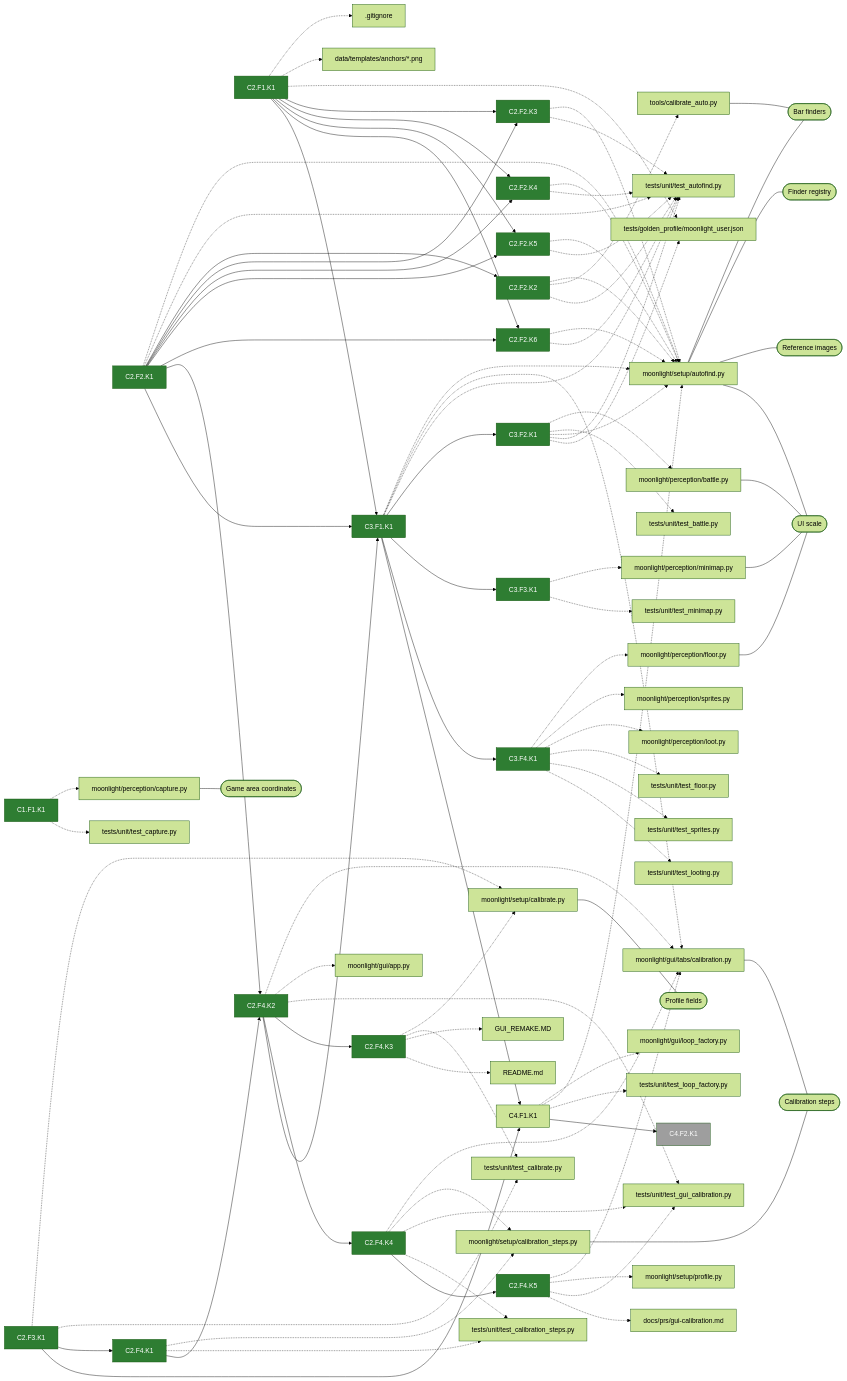
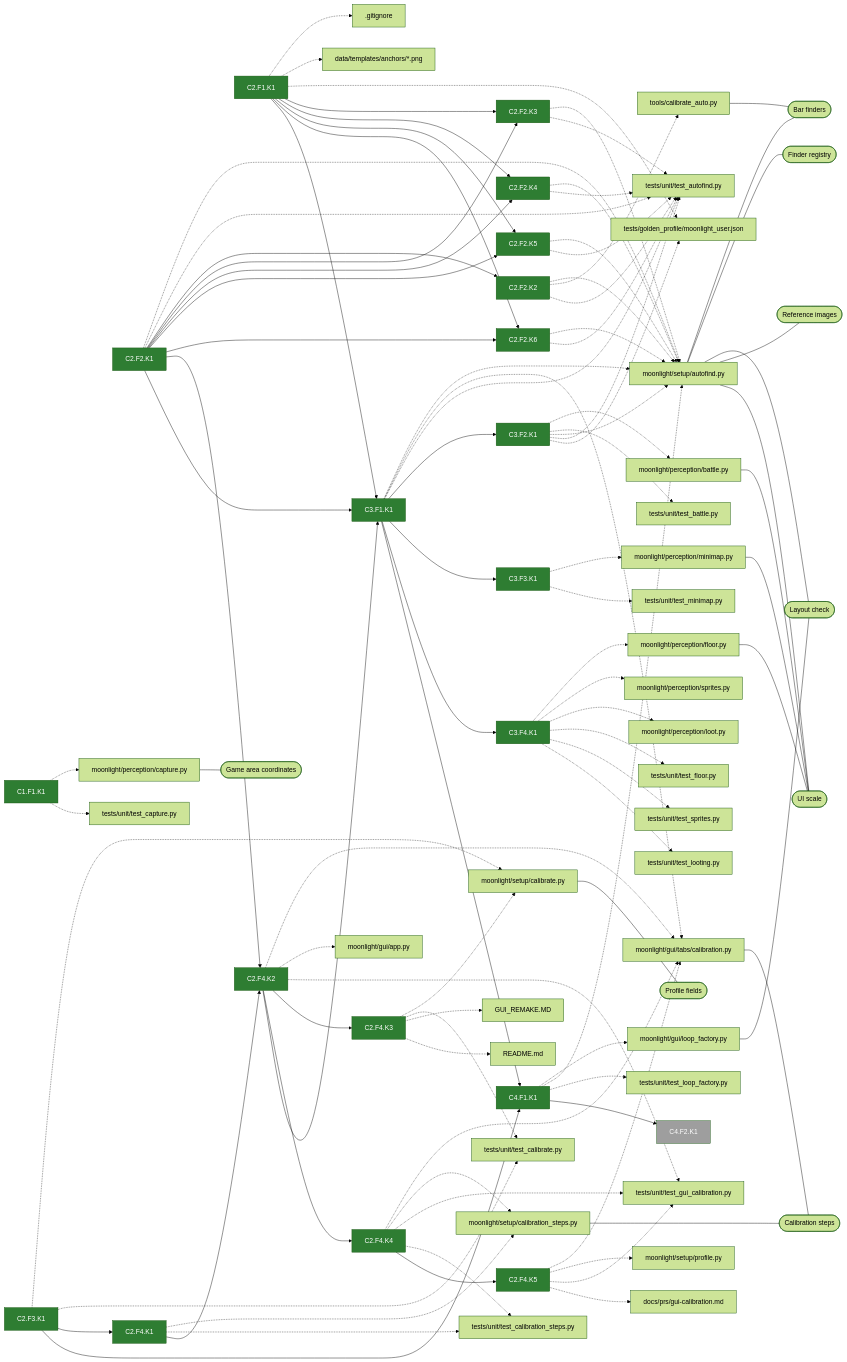
The diagram in docs/prs/gui-calibration.md (Mascotte33/Moonlight), drawn with Mermaid (forest theme) before and after one commit. The commit also changed 4 other files, not shown here.

First line of the commit message:
C4.F1.K1: Check the layout at Start

````diff
--- a/docs/prs/gui-calibration.md
+++ b/docs/prs/gui-calibration.md
@@ -89,7 +89,7 @@
   t15["C3.F2.K1"]:::done
   t16["C3.F3.K1"]:::done
   t17["C3.F4.K1"]:::done
-  t18["C4.F1.K1"]
+  t18["C4.F1.K1"]:::done
   t19["C4.F2.K1"]:::later
   f0[".gitignore"]
   f1["GUI_REMAKE.MD"]
@@ -126,9 +126,10 @@
   c1(["Calibration steps"])
   c2(["Finder registry"])
   c3(["Game area coordinates"])
-  c4(["Profile fields"])
-  c5(["Reference images"])
-  c6(["UI scale"])
+  c4(["Layout check"])
+  c5(["Profile fields"])
+  c6(["Reference images"])
+  c7(["UI scale"])
   t0 -.-> f9
   t0 -.-> f23
   t1 -.-> f0
@@ -209,16 +210,18 @@
   t18 -.-> f14
   t18 -.-> f26
   t18 --> t19
+  f6 --- c4
   f7 --- c1
-  f8 --- c6
+  f8 --- c7
   f9 --- c3
-  f10 --- c6
-  f12 --- c6
+  f10 --- c7
+  f12 --- c7
   f14 --- c0
   f14 --- c2
-  f14 --- c5
+  f14 --- c4
   f14 --- c6
-  f15 --- c4
+  f14 --- c7
+  f15 --- c5
   f16 --- c1
   f30 --- c0
 ```
````
